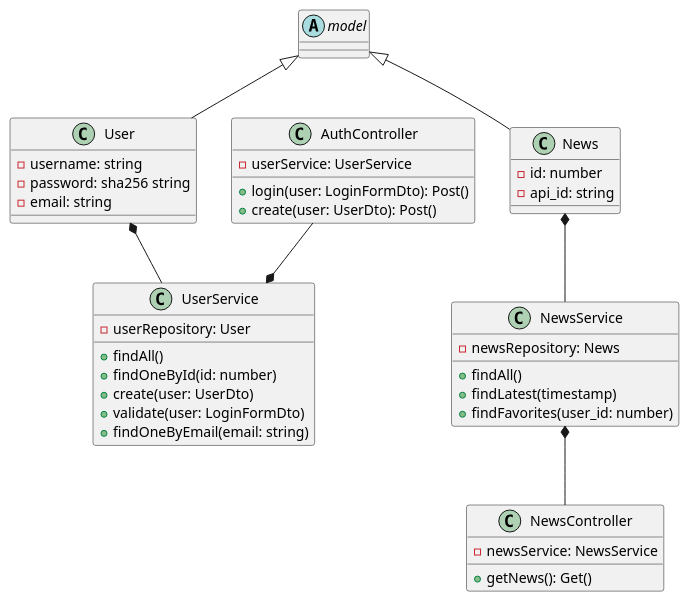
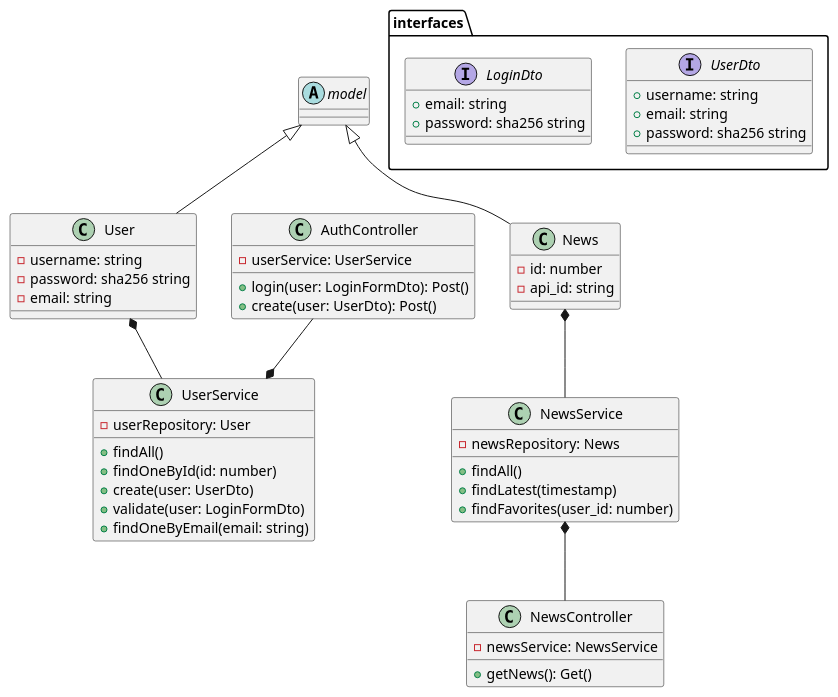
One commit to Leagandar/SI-Wallet changed the diagram in docs/UML/ClassDiagram.puml. Above: the diagram before and after it, drawn with PlantUML. The commit also changed 2 other files, not shown here.

```diff
--- a/docs/UML/ClassDiagram.puml
+++ b/docs/UML/ClassDiagram.puml
@@ -2,50 +2,64 @@
 @startuml ClassDiagram
 abstract class model
 class User {
   -username: string
   -password: sha256 string
   -email: string
 }
 class News{
   -id: number
   -api_id: string
 }
 
 model <|-- News
 model <|-- User
 
 class NewsService{
   -newsRepository: News
   +findAll()
   +findLatest(timestamp)
   +findFavorites(user_id: number)
 }
 
 News *-- NewsService
 
 class UserService{
   -userRepository: User
   +findAll()
   +findOneById(id: number)
   +create(user: UserDto)
   +validate(user: LoginFormDto)
   +findOneByEmail(email: string)
 }
 
 User *-- UserService
 
 class NewsController{
   -newsService: NewsService
   +getNews(): Get()
 }
 
 NewsService *-- NewsController
 
 class AuthController{
   -userService: UserService
   +login(user: LoginFormDto): Post()
   +create(user: UserDto): Post()
 }
 
 AuthController -down-* UserService
+
+Package interfaces{
+  interface UserDto{
+    +username: string
+    +email: string
+    +password: sha256 string
+  }
+  interface LoginDto{
+    +email: string
+    +password: sha256 string
+  }
+
+}
+
 @enduml
```
